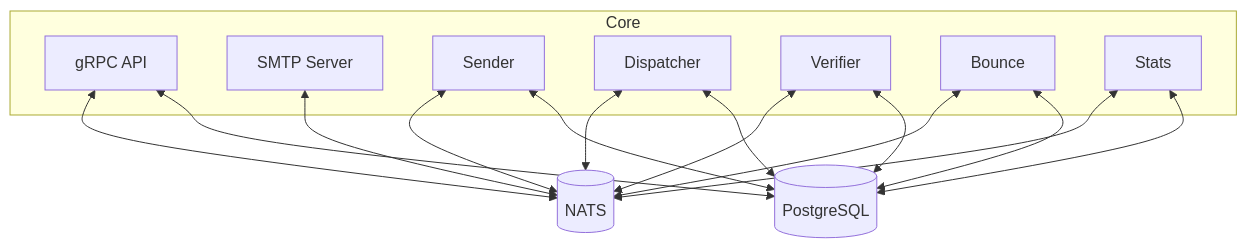
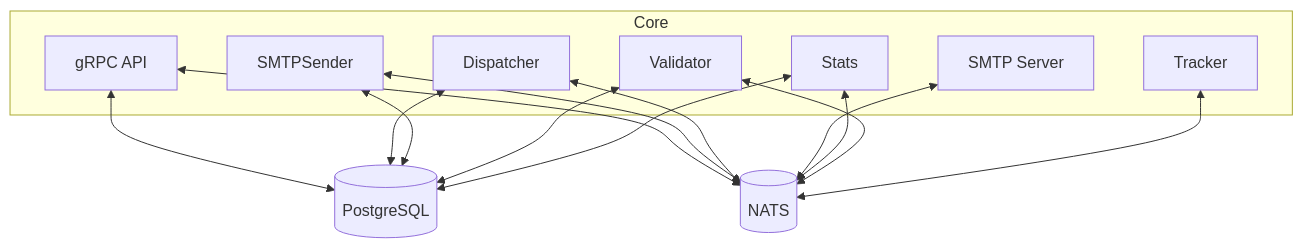
The diagram in README.md (kannon-email/kannon), drawn with Mermaid before and after one commit. The commit also changed other lines of this file and 67 other files, not shown here.

````diff
--- a/README.md
+++ b/README.md
@@ -64,27 +64,26 @@
 ```mermaid
 flowchart TD
     subgraph Core
         API["gRPC API"]
         SMTP["SMTP Server"]
-        Sender["Sender"]
+        SMTPSender["SMTPSender"]
         Dispatcher["Dispatcher"]
-        Verifier["Verifier"]
-        Bounce["Bounce"]
+        Validator["Validator"]
+        Tracker["Tracker"]
         Stats["Stats"]
     end
     DB[(PostgreSQL)]
     NATS[(NATS)]
     API <--> DB
     Dispatcher <--> DB
-    Sender <--> DB
-    Verifier <--> DB
+    SMTPSender <--> DB
+    Validator <--> DB
     Stats <--> DB
-    Bounce <--> DB
     API <--> NATS
-    Sender <--> NATS
+    SMTPSender <--> NATS
     Dispatcher <--> NATS
     SMTP <--> NATS
     Stats <--> NATS
-    Verifier <--> NATS
-    Bounce <--> NATS
+    Validator <--> NATS
+    Tracker <--> NATS
 ```
````
